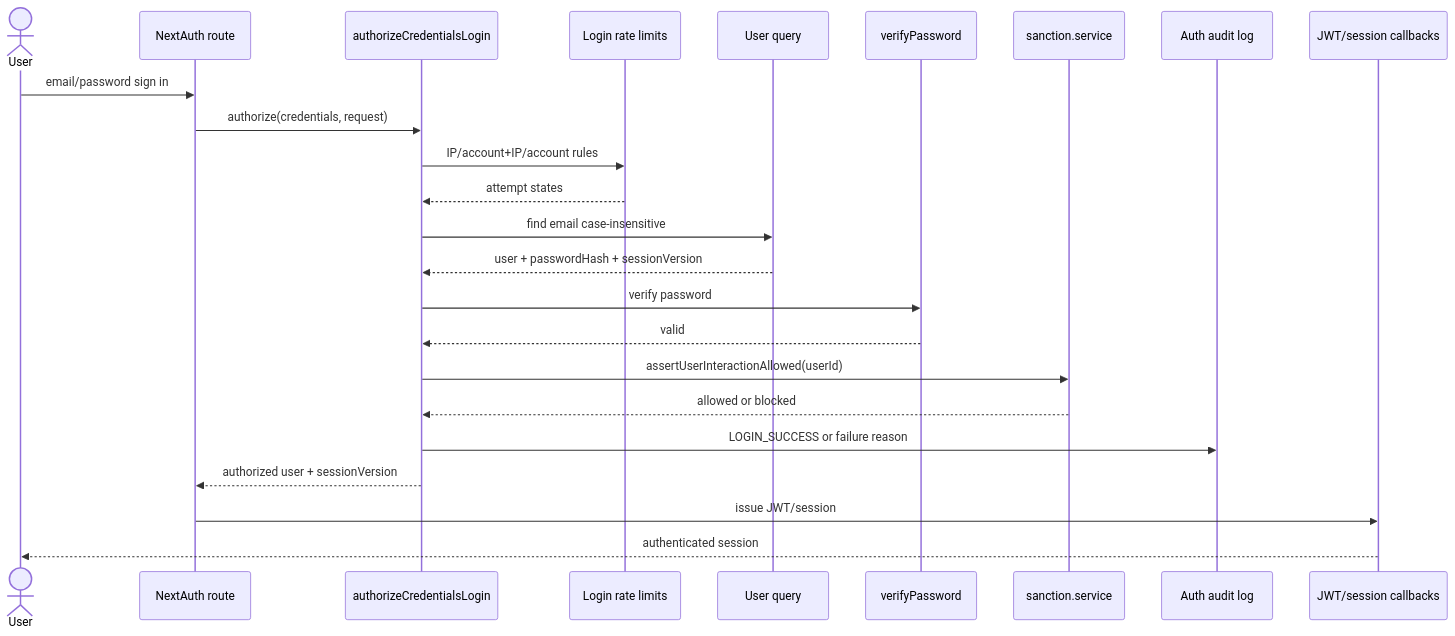
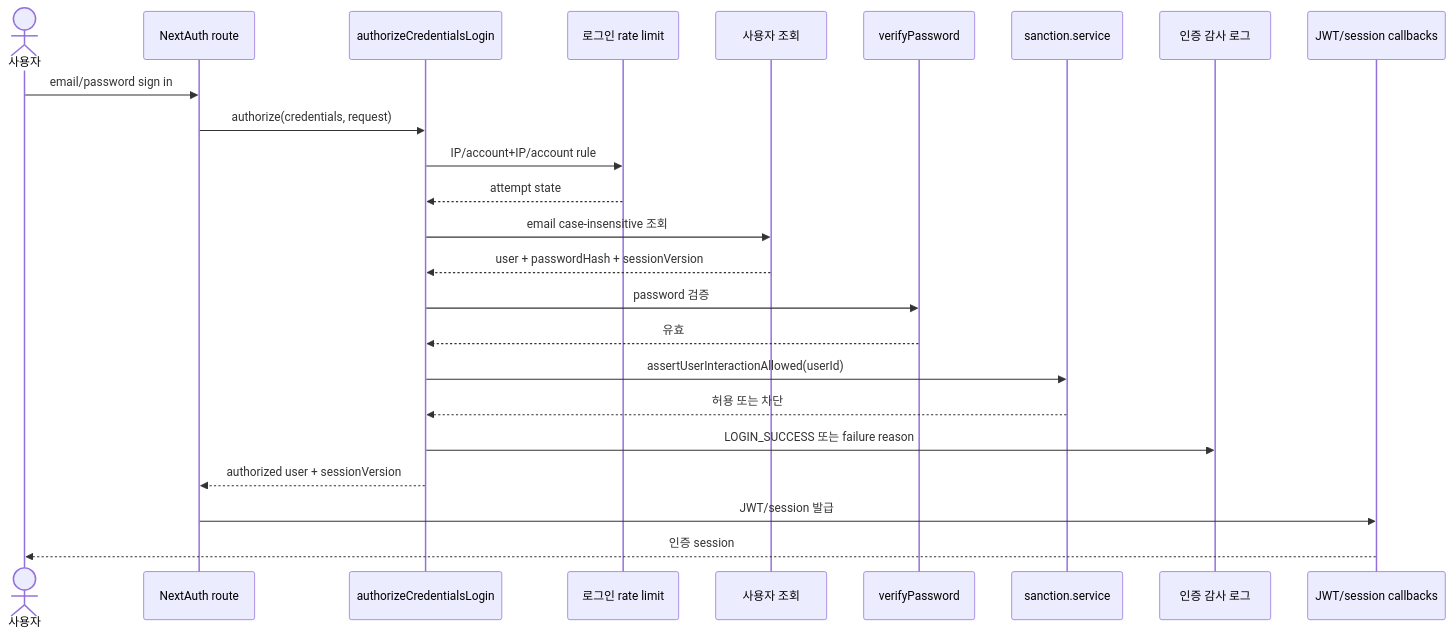
One commit to answndud/townpet changed the third of 4 diagrams in business/reports/backend-sequence-diagrams.md. Above: the diagram before and after it, drawn with Mermaid. The commit also changed other lines of this file and 17 other files, not shown here.

````diff
--- a/business/reports/backend-sequence-diagrams.md
+++ b/business/reports/backend-sequence-diagrams.md
@@ -122,27 +122,27 @@
 ```mermaid
 sequenceDiagram
-  actor User
+  actor 사용자
   participant NextAuth as NextAuth route
   participant Credentials as authorizeCredentialsLogin
-  participant RateLimit as Login rate limits
-  participant UserQuery as User query
+  participant RateLimit as 로그인 rate limit
+  participant UserQuery as 사용자 조회
   participant Password as verifyPassword
   participant Sanction as sanction.service
-  participant Audit as Auth audit log
+  participant Audit as 인증 감사 로그
   participant Session as JWT/session callbacks
 
-  User->>NextAuth: email/password sign in
+  사용자->>NextAuth: email/password sign in
   NextAuth->>Credentials: authorize(credentials, request)
-  Credentials->>RateLimit: IP/account+IP/account rules
-  RateLimit-->>Credentials: attempt states
-  Credentials->>UserQuery: find email case-insensitive
+  Credentials->>RateLimit: IP/account+IP/account rule
+  RateLimit-->>Credentials: attempt state
+  Credentials->>UserQuery: email case-insensitive 조회
   UserQuery-->>Credentials: user + passwordHash + sessionVersion
-  Credentials->>Password: verify password
-  Password-->>Credentials: valid
+  Credentials->>Password: password 검증
+  Password-->>Credentials: 유효
   Credentials->>Sanction: assertUserInteractionAllowed(userId)
-  Sanction-->>Credentials: allowed or blocked
-  Credentials->>Audit: LOGIN_SUCCESS or failure reason
+  Sanction-->>Credentials: 허용 또는 차단
+  Credentials->>Audit: LOGIN_SUCCESS 또는 failure reason
   Credentials-->>NextAuth: authorized user + sessionVersion
-  NextAuth->>Session: issue JWT/session
-  Session-->>User: authenticated session
+  NextAuth->>Session: JWT/session 발급
+  Session-->>사용자: 인증 session
 ```
````
